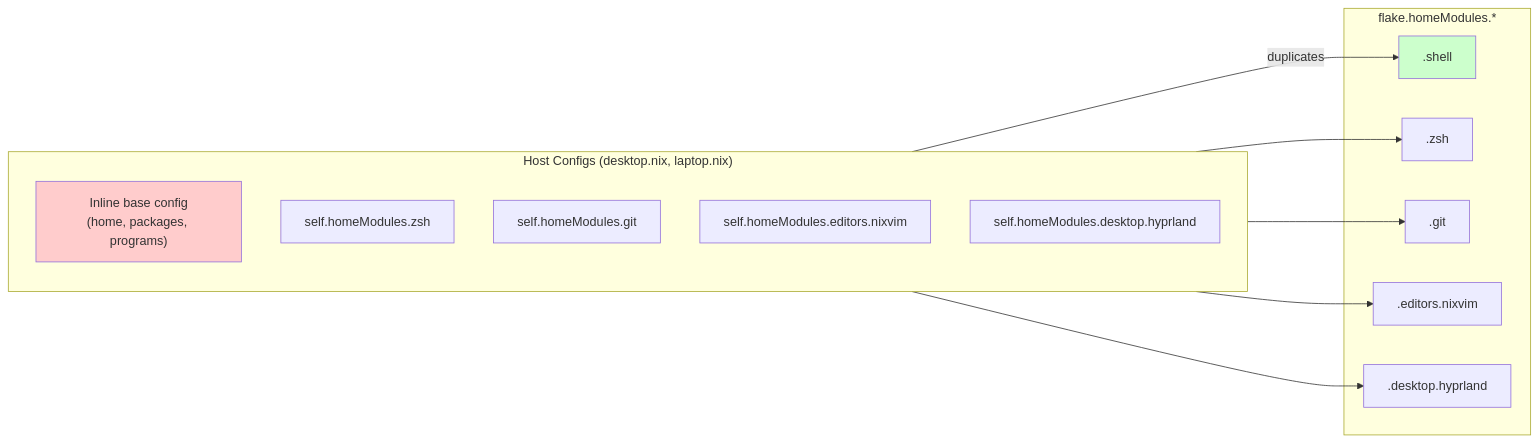
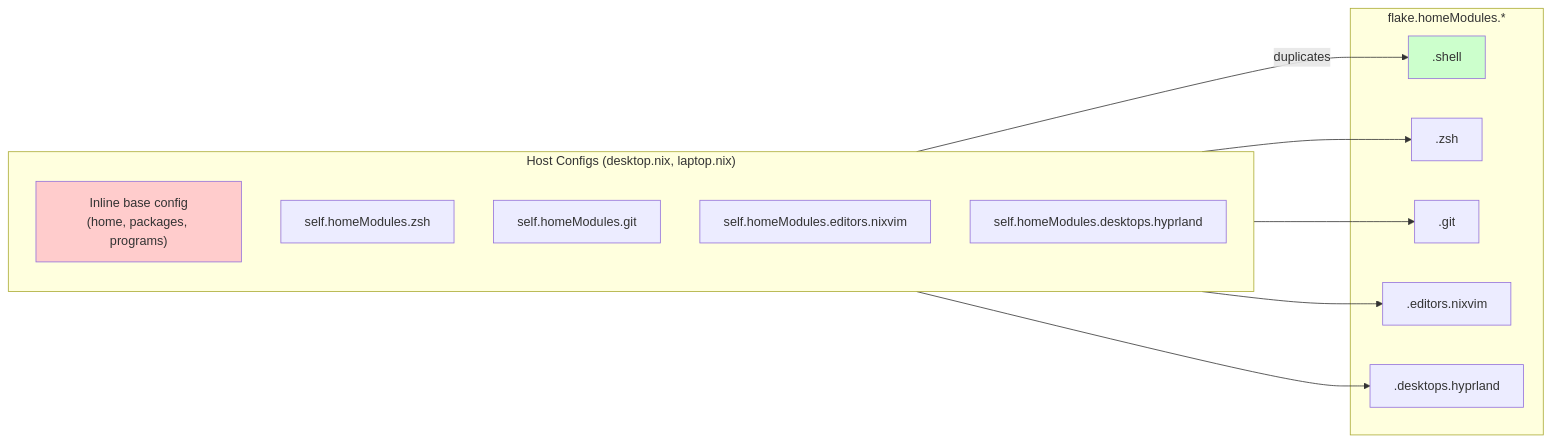
The second of 3 diagrams in docs/architecture.md (mxapd/nixos), drawn with Mermaid before and after one commit. The commit also changed other lines of this file and 2 other files, not shown here.

First line of the commit message:
refactor(home-manager): restructure desktop modules

````diff
--- a/docs/architecture.md
+++ b/docs/architecture.md
@@ -114,28 +114,28 @@
 ```mermaid
 flowchart LR
     subgraph Hosts["Host Configs (desktop.nix, laptop.nix)"]
         direction TB
         Base["Inline base config<br/>(home, packages, programs)"]
         HM_ZSH["self.homeModules.zsh"]
         HM_GT["self.homeModules.git"]
         HM_NV["self.homeModules.editors.nixvim"]
-        HM_HY["self.homeModules.desktop.hyprland"]
+        HM_HY["self.homeModules.desktops.hyprland"]
     end
     
     subgraph HomeModules["flake.homeModules.*"]
         SH[".shell"]
         ZS[".zsh"]
         GT[".git"]
         NV[".editors.nixvim"]
-        HY[".desktop.hyprland"]
+        HY[".desktops.hyprland"]
     end
     
     Base -->|duplicates| SH
     HM_ZSH --> ZS
     HM_GT --> GT
     HM_NV --> NV
     HM_HY --> HY
     
     style Base fill:#ffcccc
     style SH fill:#ccffcc
 ```
````
